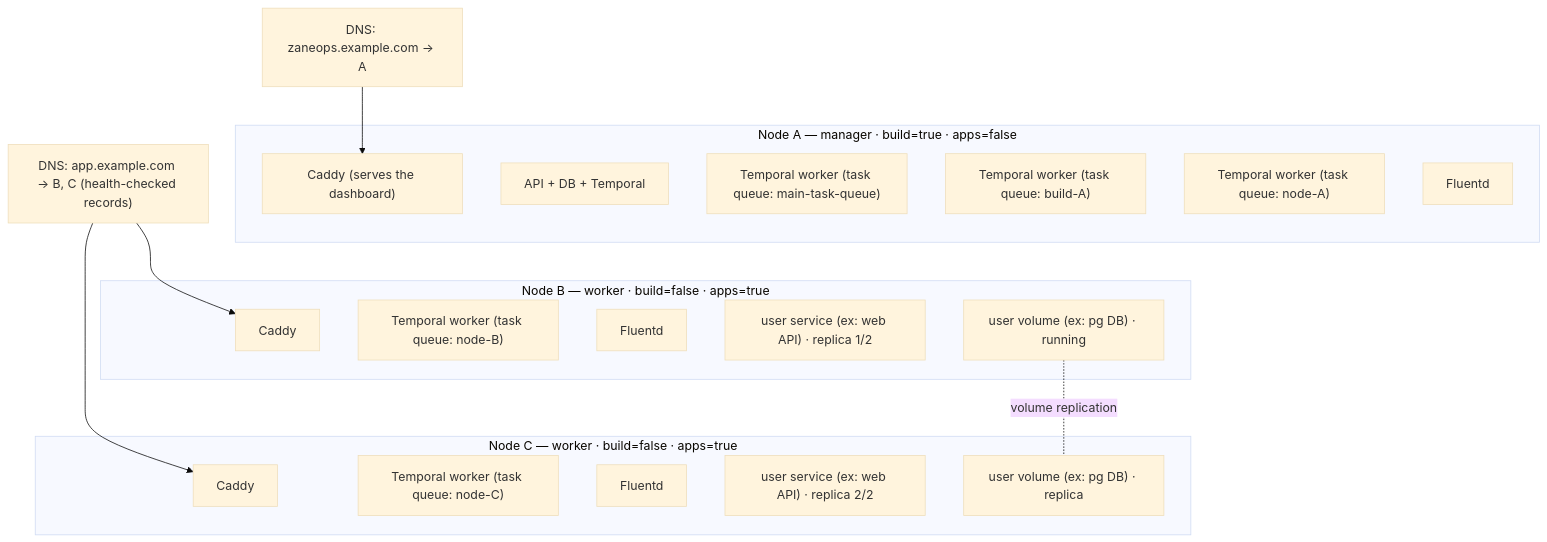
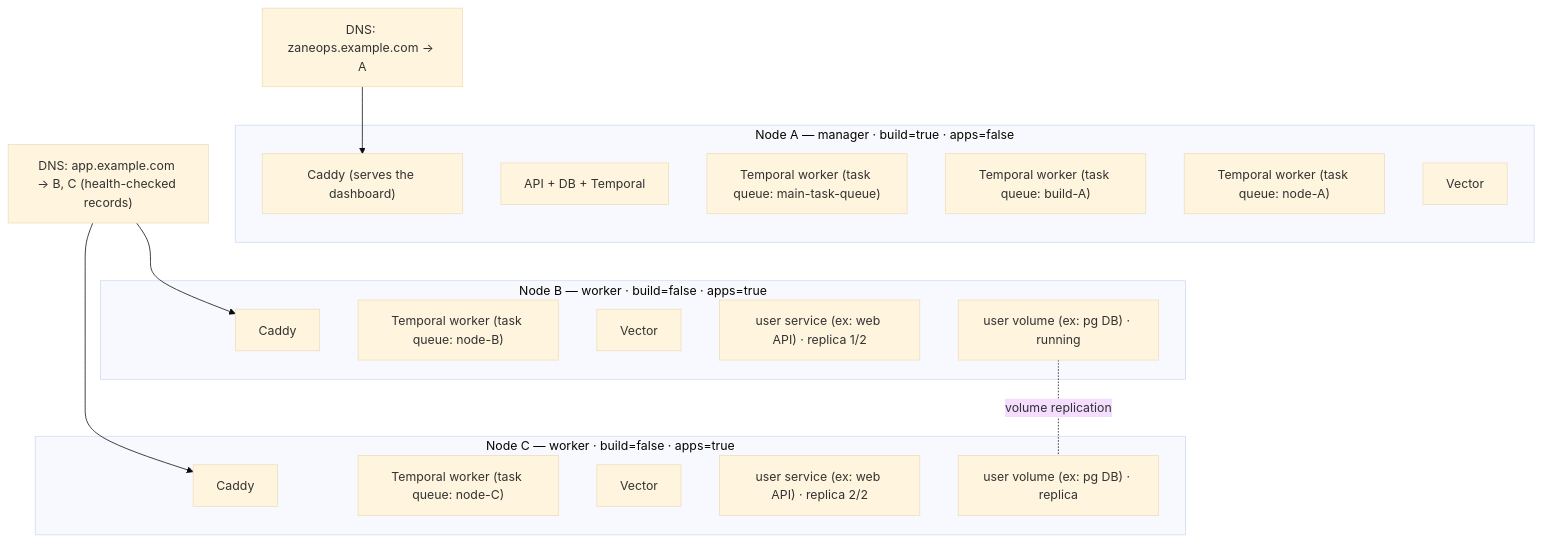
One commit to zane-ops/zane-ops changed the sixth of 7 diagrams in backend/notes/multi-server-plan.md. Above: the diagram before and after it, drawn with Mermaid (base theme). The commit also changed other lines of this file and 1 other file, not shown here.

````diff
--- a/backend/notes/multi-server-plan.md
+++ b/backend/notes/multi-server-plan.md
@@ -675,33 +673,33 @@
 ```mermaid
 flowchart TB
     dns["DNS: app.example.com → B, C (health-checked records)"]
     dnsA["DNS: zaneops.example.com → A"]
     dns --> caddyB
     dns --> caddyC
     dnsA --> caddyA
     subgraph A["Node A — manager · build=true · apps=false"]
         api["API + DB + Temporal"]
         mainq["Temporal worker (task queue: main-task-queue)"]
         buildq["Temporal worker (task queue: build-A)"]
         nodeqA["Temporal worker (task queue: node-A)"]
-        fluentdA["Fluentd"]
+        vectorA["Vector"]
         caddyA["Caddy (serves the dashboard)"]
     end
     subgraph B["Node B — worker · build=false · apps=true"]
         nodeqB["Temporal worker (task queue: node-B)"]
-        fluentdB["Fluentd"]
+        vectorB["Vector"]
         caddyB["Caddy"]
         svc1["user service (ex: web API) · replica 1/2"]
         vol1["user volume (ex: pg DB) · running"]
     end
     subgraph C["Node C — worker · build=false · apps=true"]
         nodeqC["Temporal worker (task queue: node-C)"]
-        fluentdC["Fluentd"]
+        vectorC["Vector"]
         caddyC["Caddy"]
         svc2["user service (ex: web API) · replica 2/2"]
         vol2["user volume (ex: pg DB) · replica"]
     end
     vol1 -. "volume replication" .- vol2
     A ~~~ B
     B ~~~ C
 ```
````
